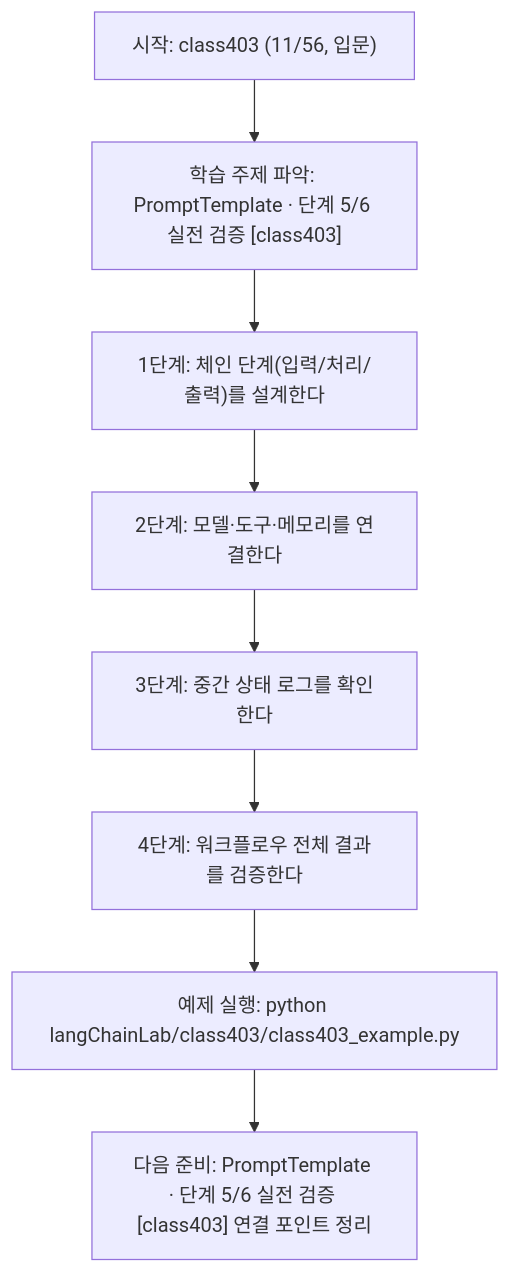
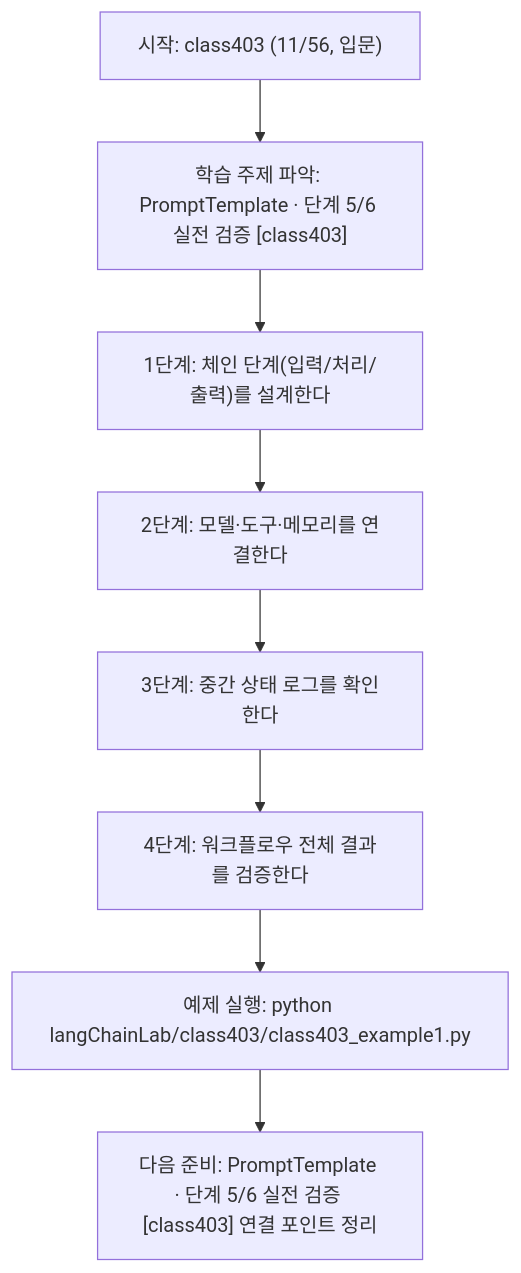
The diagram in langChainLab/class403/class403.md (edumgt/Python-AI_Agent-Class), drawn with Mermaid before and after one commit. The commit also changed other lines of this file and 2959 other files, not shown here.

````diff
--- a/langChainLab/class403/class403.md
+++ b/langChainLab/class403/class403.md
@@ -108,18 +108,18 @@
 ```mermaid
 flowchart TD
 N1["시작: class403 (11/56, 입문)"]
 N2["학습 주제 파악: PromptTemplate · 단계 5/6 실전 검증 [class403]"]
 N3["1단계: 체인 단계(입력/처리/출력)를 설계한다"]
 N4["2단계: 모델·도구·메모리를 연결한다"]
 N5["3단계: 중간 상태 로그를 확인한다"]
 N6["4단계: 워크플로우 전체 결과를 검증한다"]
-N7["예제 실행: python langChainLab/class403/class403_example.py"]
+N7["예제 실행: python langChainLab/class403/class403_example1.py"]
 N8["다음 준비: PromptTemplate · 단계 5/6 실전 검증 [class403] 연결 포인트 정리"]
 N1 --> N2
 N2 --> N3
 N3 --> N4
 N4 --> N5
 N5 --> N6
 N6 --> N7
 N7 --> N8
 ```
````
